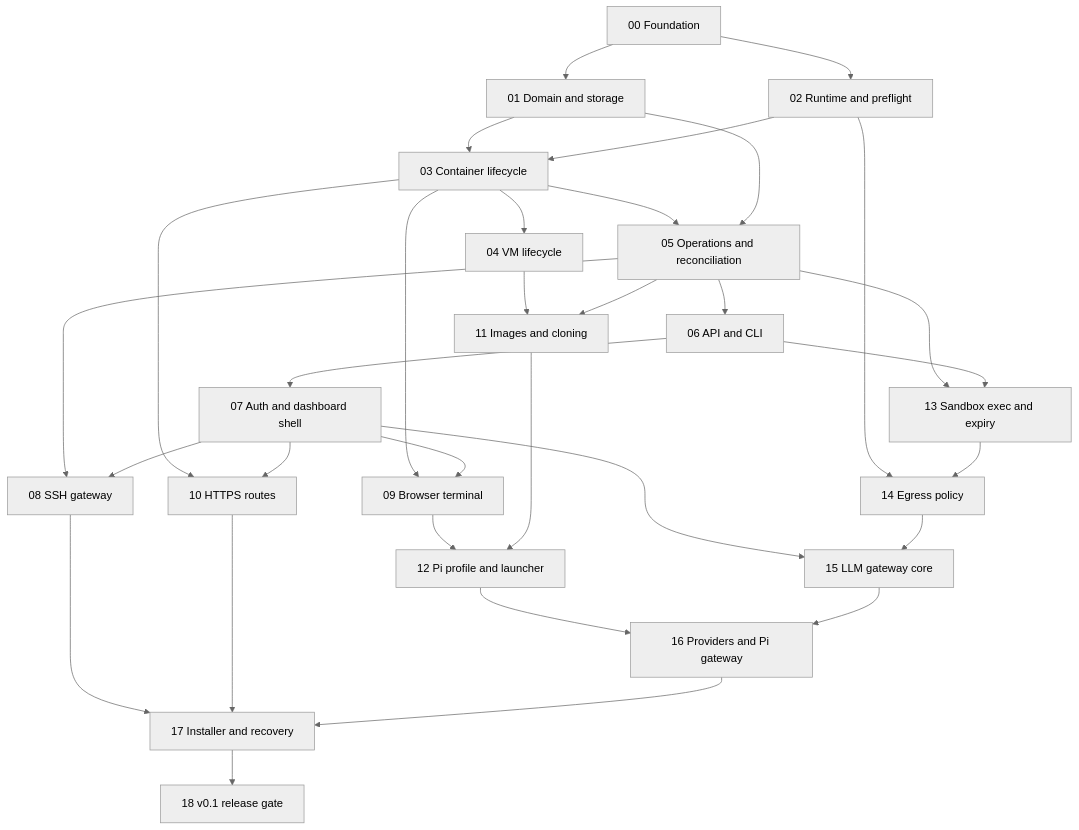
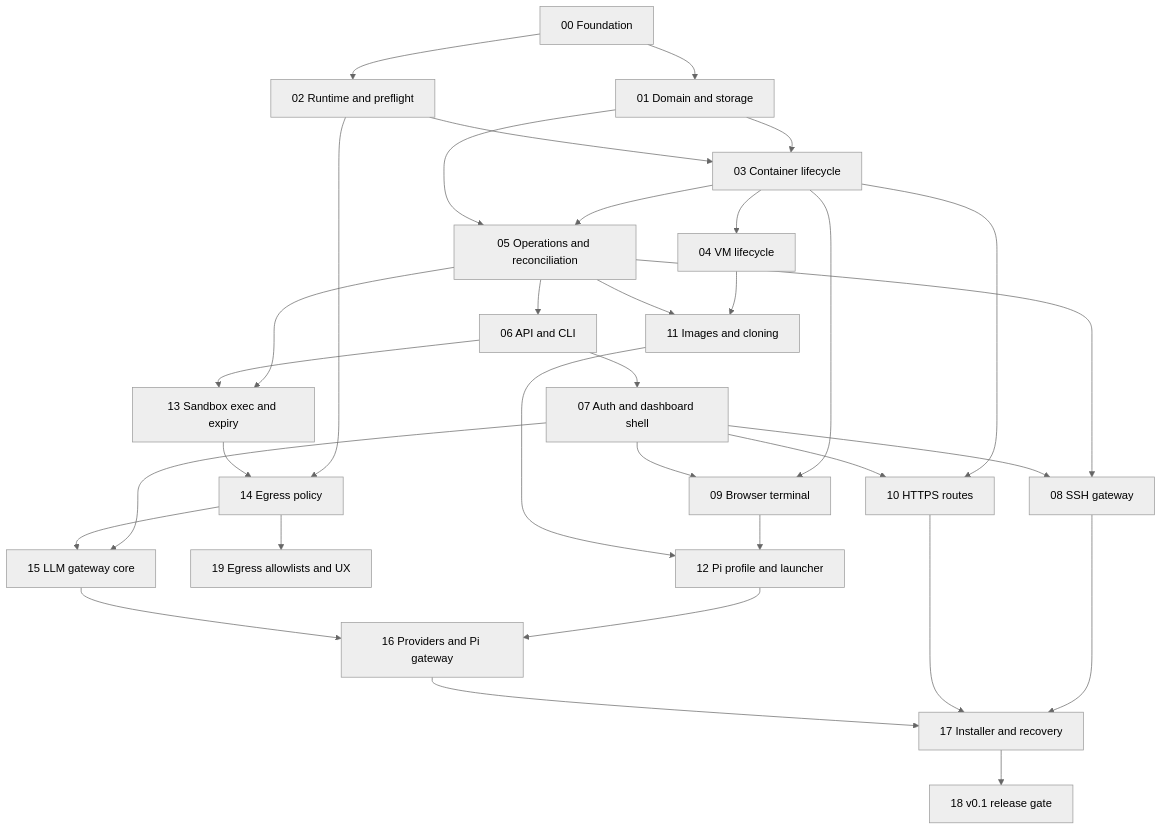
One commit to potts99/openbox changed the diagram in docs/plans/README.md. Above: the diagram before and after it, drawn with Mermaid (neutral theme). The commit also changed other lines of this file and 2 other files, not shown here.

First line of the commit message:
docs: plan slice 19 for egress allowlist follow-ups

````diff
--- a/docs/plans/README.md
+++ b/docs/plans/README.md
@@ -42,34 +43,35 @@
 ```mermaid
 flowchart TD
   S00["00 Foundation"] --> S01["01 Domain and storage"]
   S00 --> S02["02 Runtime and preflight"]
   S01 --> S03["03 Container lifecycle"]
   S02 --> S03
   S03 --> S04["04 VM lifecycle"]
   S03 --> S05["05 Operations and reconciliation"]
   S01 --> S05
   S05 --> S06["06 API and CLI"]
   S06 --> S07["07 Auth and dashboard shell"]
   S05 --> S08["08 SSH gateway"]
   S07 --> S08
   S03 --> S09["09 Browser terminal"]
   S07 --> S09
   S03 --> S10["10 HTTPS routes"]
   S07 --> S10
   S04 --> S11["11 Images and cloning"]
   S05 --> S11
   S09 --> S12["12 Pi profile and launcher"]
   S11 --> S12
   S05 --> S13["13 Sandbox exec and expiry"]
   S06 --> S13
   S02 --> S14["14 Egress policy"]
   S13 --> S14
+  S14 --> S19["19 Egress allowlists and UX"]
   S07 --> S15["15 LLM gateway core"]
   S14 --> S15
   S12 --> S16["16 Providers and Pi gateway"]
   S15 --> S16
   S08 --> S17["17 Installer and recovery"]
   S10 --> S17
   S16 --> S17
   S17 --> S18["18 v0.1 release gate"]
 ```
````
